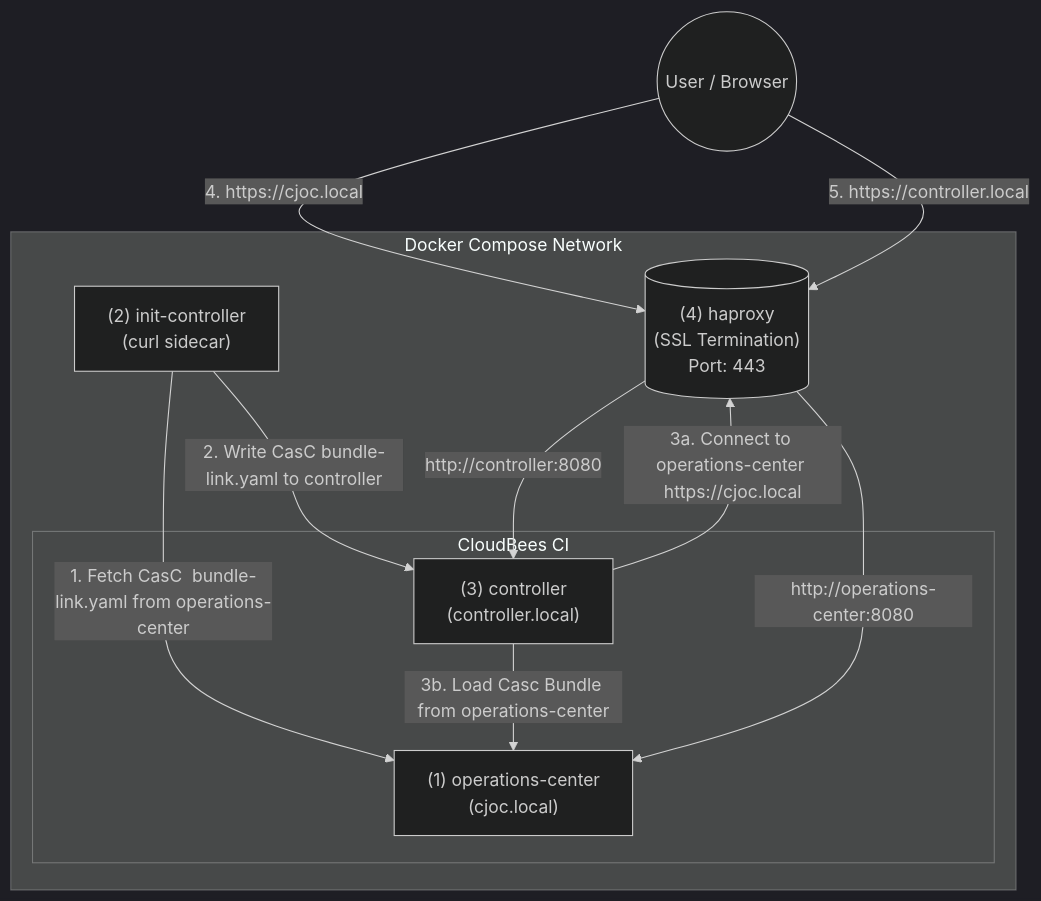
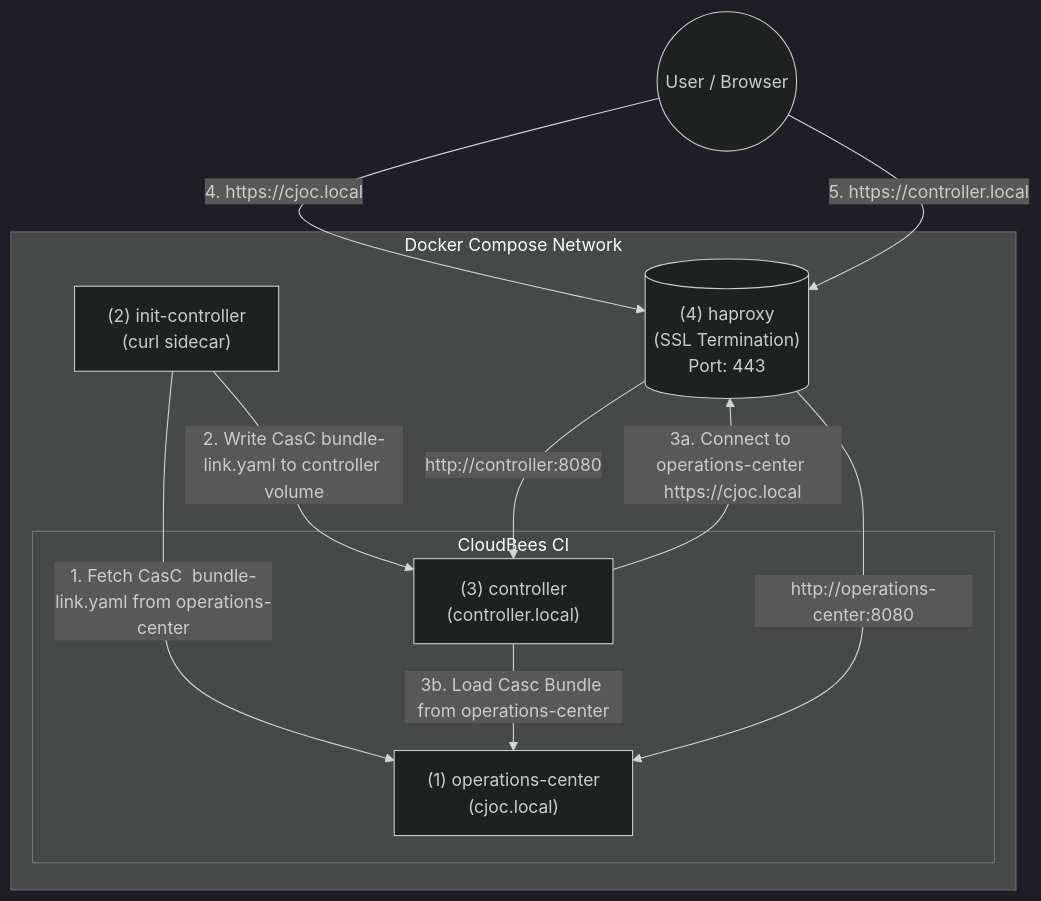
One commit to cb-ci/ci-traditional changed the first of 2 diagrams in README.md. Above: the diagram before and after it, drawn with Mermaid (dark theme).

````diff
--- a/README.md
+++ b/README.md
@@ -23,27 +23,27 @@
 ```mermaid
 graph TD
     User((User / Browser))
     subgraph "Docker Compose Network"
         HAProxy[("(4) haproxy
         (SSL Termination)
         Port: 443")]
         
         subgraph "CloudBees CI"
             CJOC["(1) operations-center
             (cjoc.local)"]
             Controller["(3) controller
             (controller.local)"]
         end
         
         Init["(2) init-controller
         (curl sidecar)"]       
     end    
     
     Init -- "1. Fetch CasC  bundle-link.yaml from operations-center" --> CJOC
-    Init -- "2. Write CasC bundle-link.yaml to controller" --> Controller
+    Init -- "2. Write CasC bundle-link.yaml to controller volume" --> Controller
     Controller -- "3a. Connect to operations-center https://cjoc.local" --> HAProxy
     Controller -- "3b. Load Casc Bundle from operations-center" --> CJOC
 
     User -- "4. https://cjoc.local" --> HAProxy -- "http://operations-center:8080" --> CJOC
     User -- "5. https://controller.local" --> HAProxy -- "http://controller:8080" --> Controller
 ```
````
